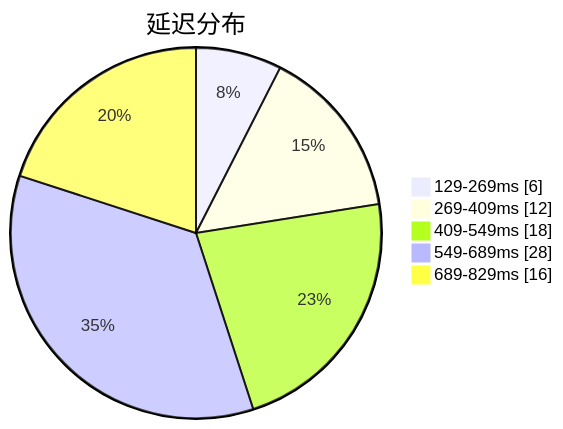
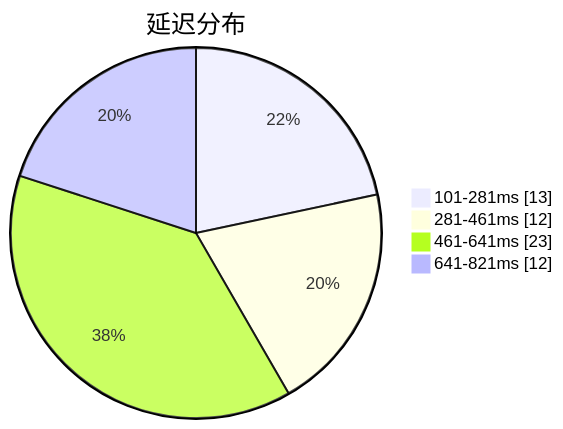
Before and after one commit to sinspired/airport: the first of 3 diagrams in subs/statistics/tested_within.md, drawn with Mermaid. The commit also changed other lines of this file and 2 other files, not shown here.

````diff
--- a/subs/statistics/tested_within.md
+++ b/subs/statistics/tested_within.md
@@ -2,9 +2,8 @@
 ```mermaid
 pie showData
 title 延迟分布
-"129-269ms" : 6
-"269-409ms" : 12
-"409-549ms" : 18
-"549-689ms" : 28
-"689-829ms" : 16
+"101-281ms" : 13
+"281-461ms" : 12
+"461-641ms" : 23
+"641-821ms" : 12
 ```
````
